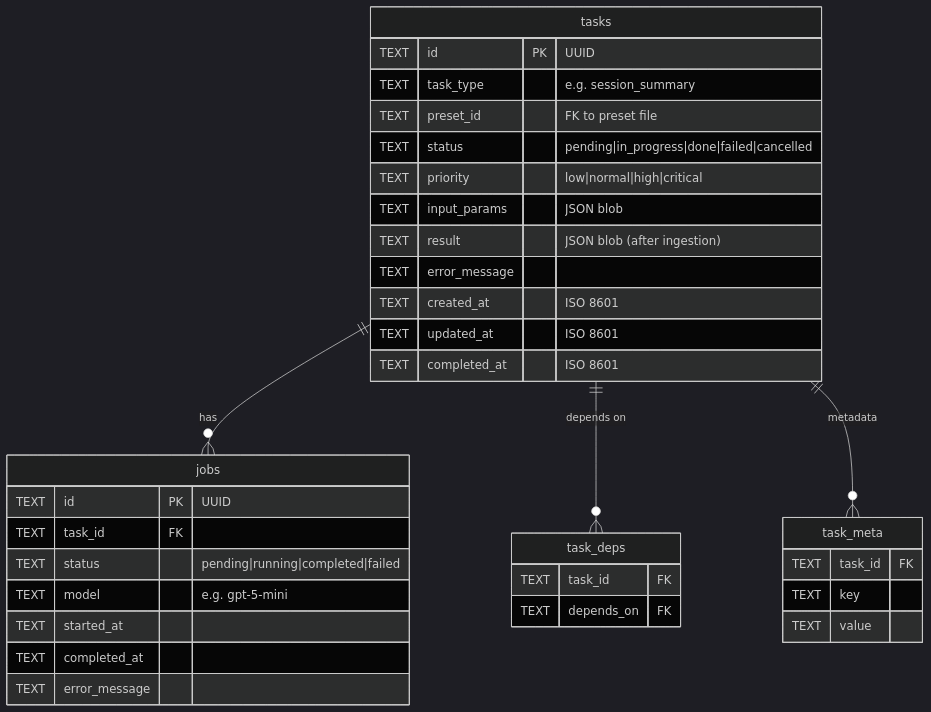
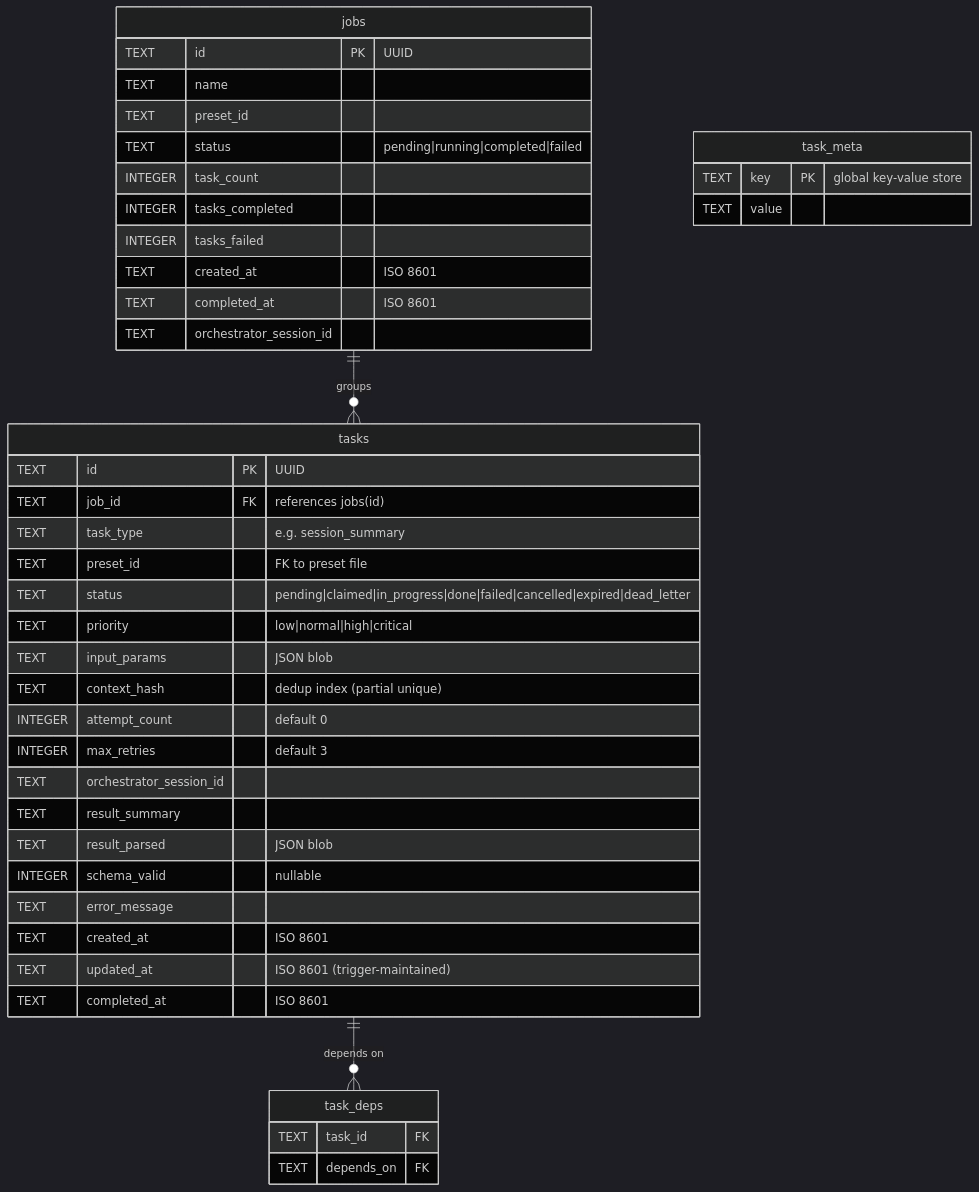
One commit to MattShelton04/TracePilot changed the third of 5 diagrams in docs/ai-task-system.md. Above: the diagram before and after it, drawn with Mermaid (dark theme). The commit also changed other lines of this file and 7 other files, not shown here.

````diff
--- a/docs/ai-task-system.md
+++ b/docs/ai-task-system.md
@@ -211,41 +211,49 @@
 ```mermaid
 erDiagram
     tasks {
         TEXT id PK "UUID"
+        TEXT job_id FK "references jobs(id)"
         TEXT task_type "e.g. session_summary"
         TEXT preset_id "FK to preset file"
-        TEXT status "pending|in_progress|done|failed|cancelled"
+        TEXT status "pending|claimed|in_progress|done|failed|cancelled|expired|dead_letter"
         TEXT priority "low|normal|high|critical"
         TEXT input_params "JSON blob"
-        TEXT result "JSON blob (after ingestion)"
+        TEXT context_hash "dedup index (partial unique)"
+        INTEGER attempt_count "default 0"
+        INTEGER max_retries "default 3"
+        TEXT orchestrator_session_id
+        TEXT result_summary
+        TEXT result_parsed "JSON blob"
+        INTEGER schema_valid "nullable"
         TEXT error_message
         TEXT created_at "ISO 8601"
-        TEXT updated_at "ISO 8601"
+        TEXT updated_at "ISO 8601 (trigger-maintained)"
         TEXT completed_at "ISO 8601"
     }
 
     jobs {
         TEXT id PK "UUID"
-        TEXT task_id FK
+        TEXT name
+        TEXT preset_id
         TEXT status "pending|running|completed|failed"
-        TEXT model "e.g. gpt-5-mini"
-        TEXT started_at
-        TEXT completed_at
-        TEXT error_message
+        INTEGER task_count
+        INTEGER tasks_completed
+        INTEGER tasks_failed
+        TEXT created_at "ISO 8601"
+        TEXT completed_at "ISO 8601"
+        TEXT orchestrator_session_id
     }
 
     task_deps {
         TEXT task_id FK
         TEXT depends_on FK
     }
 
     task_meta {
-        TEXT task_id FK
-        TEXT key
+        TEXT key PK "global key-value store"
         TEXT value
     }
 
-    tasks ||--o{ jobs : "has"
+    jobs ||--o{ tasks : "groups"
     tasks ||--o{ task_deps : "depends on"
-    tasks ||--o{ task_meta : "metadata"
 ```
````
